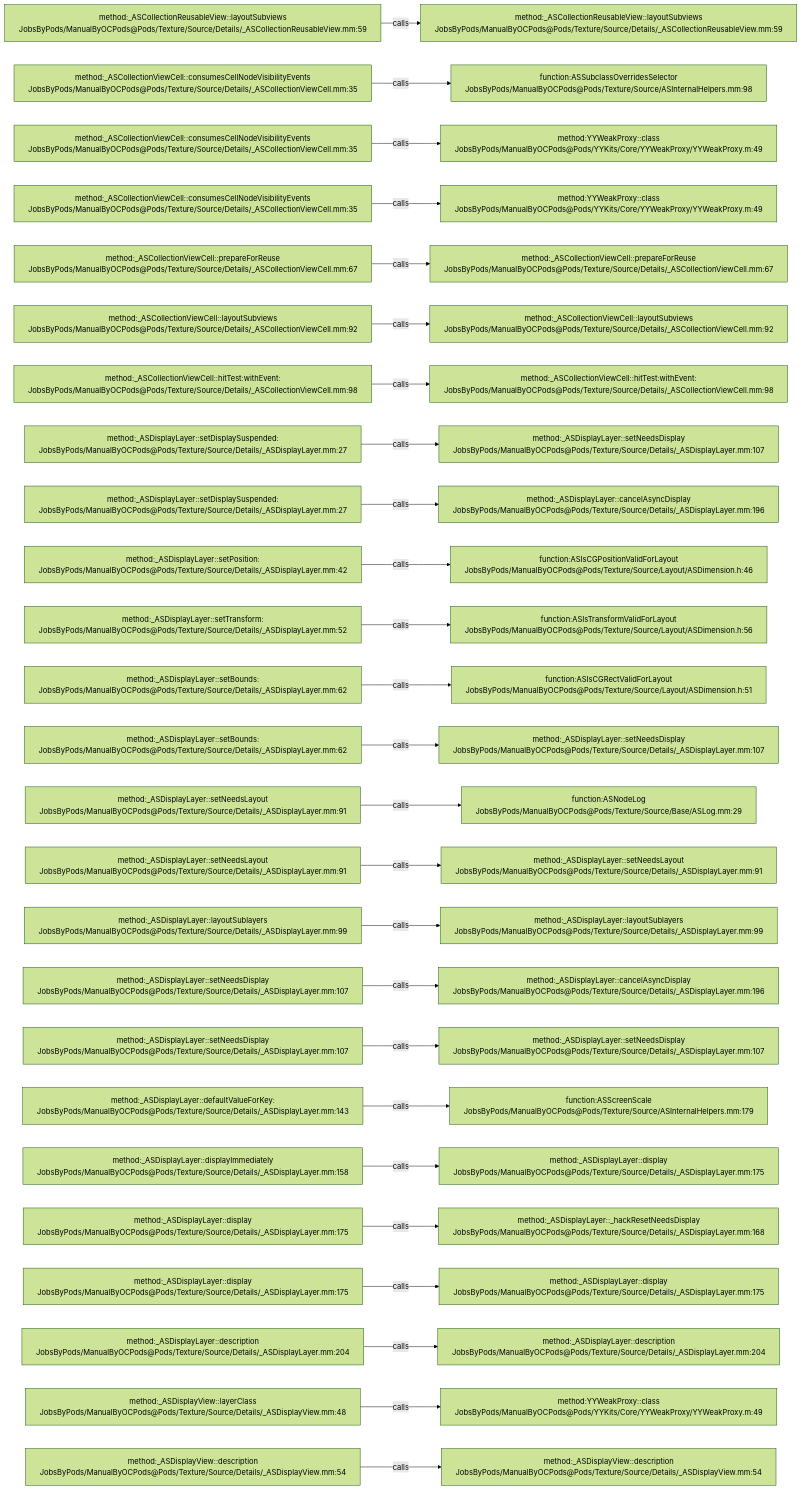
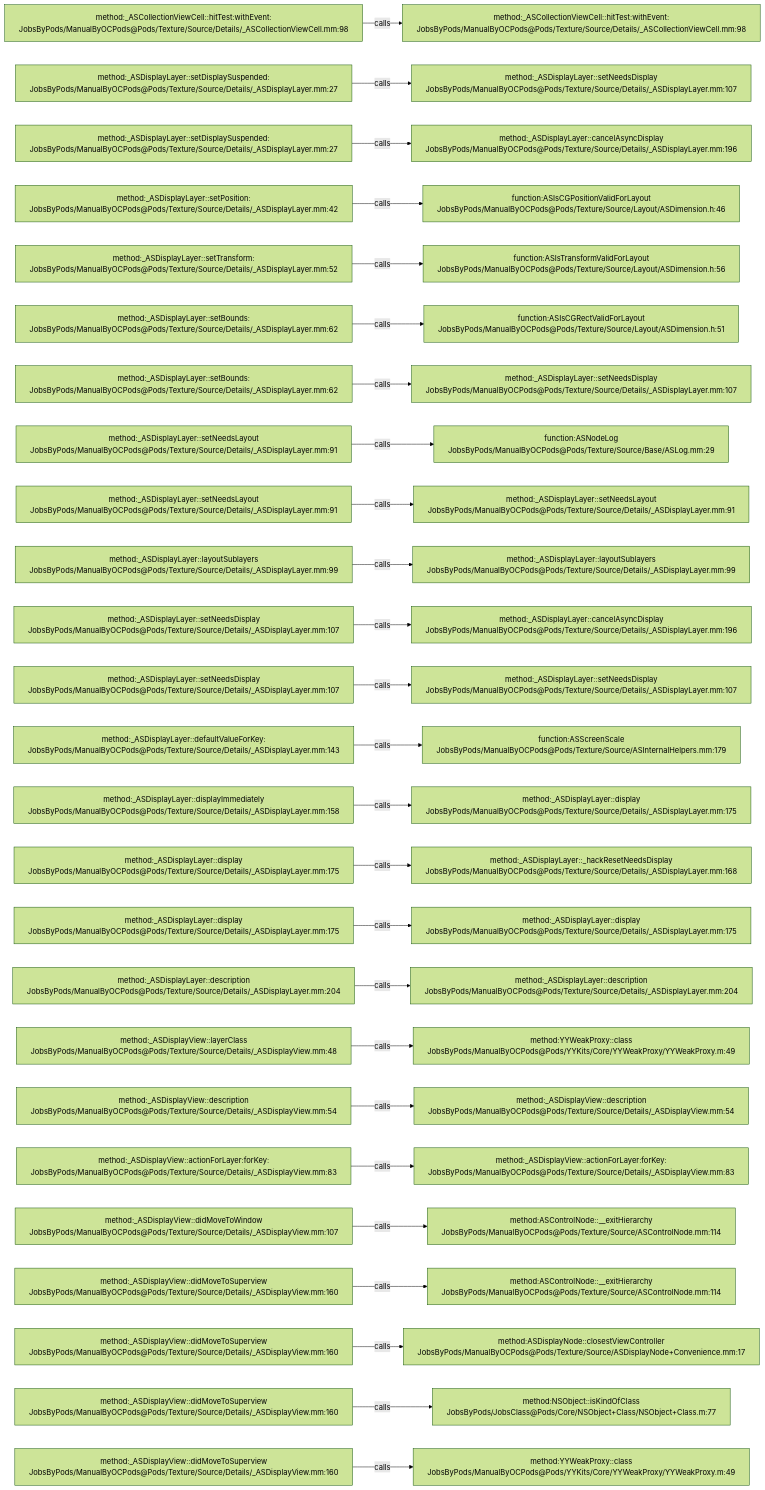
The diagram in .codegraph/codegraph.md/graphs/calls-163.md (JobsKits/JobsOCBaseConfigDemo), drawn with Mermaid (forest theme) before and after one commit. The commit also changed 666 other files, not shown here.

````diff
--- a/.codegraph/codegraph.md/graphs/calls-163.md
+++ b/.codegraph/codegraph.md/graphs/calls-163.md
@@ -13,78 +13,78 @@
 ```mermaid
 flowchart LR
-  S1["method:_ASCollectionReusableView::layoutSubviews<br/>JobsByPods/ManualByOCPods@Pods/Texture/Source/Details/_ASCollectionReusableView.mm:59"]
-  T1["method:_ASCollectionReusableView::layoutSubviews<br/>JobsByPods/ManualByOCPods@Pods/Texture/Source/Details/_ASCollectionReusableView.mm:59"]
+  S1["method:_ASCollectionViewCell::hitTest:withEvent:<br/>JobsByPods/ManualByOCPods@Pods/Texture/Source/Details/_ASCollectionViewCell.mm:98"]
+  T1["method:_ASCollectionViewCell::hitTest:withEvent:<br/>JobsByPods/ManualByOCPods@Pods/Texture/Source/Details/_ASCollectionViewCell.mm:98"]
   S1 -->|calls| T1
-  S2["method:_ASCollectionViewCell::consumesCellNodeVisibilityEvents<br/>JobsByPods/ManualByOCPods@Pods/Texture/Source/Details/_ASCollectionViewCell.mm:35"]
-  T2["function:ASSubclassOverridesSelector<br/>JobsByPods/ManualByOCPods@Pods/Texture/Source/ASInternalHelpers.mm:98"]
+  S2["method:_ASDisplayLayer::setDisplaySuspended:<br/>JobsByPods/ManualByOCPods@Pods/Texture/Source/Details/_ASDisplayLayer.mm:27"]
+  T2["method:_ASDisplayLayer::setNeedsDisplay<br/>JobsByPods/ManualByOCPods@Pods/Texture/Source/Details/_ASDisplayLayer.mm:107"]
   S2 -->|calls| T2
-  S3["method:_ASCollectionViewCell::consumesCellNodeVisibilityEvents<br/>JobsByPods/ManualByOCPods@Pods/Texture/Source/Details/_ASCollectionViewCell.mm:35"]
-  T3["method:YYWeakProxy::class<br/>JobsByPods/ManualByOCPods@Pods/YYKits/Core/YYWeakProxy/YYWeakProxy.m:49"]
+  S3["method:_ASDisplayLayer::setDisplaySuspended:<br/>JobsByPods/ManualByOCPods@Pods/Texture/Source/Details/_ASDisplayLayer.mm:27"]
+  T3["method:_ASDisplayLayer::cancelAsyncDisplay<br/>JobsByPods/ManualByOCPods@Pods/Texture/Source/Details/_ASDisplayLayer.mm:196"]
   S3 -->|calls| T3
-  S4["method:_ASCollectionViewCell::consumesCellNodeVisibilityEvents<br/>JobsByPods/ManualByOCPods@Pods/Texture/Source/Details/_ASCollectionViewCell.mm:35"]
-  T4["method:YYWeakProxy::class<br/>JobsByPods/ManualByOCPods@Pods/YYKits/Core/YYWeakProxy/YYWeakProxy.m:49"]
+  S4["method:_ASDisplayLayer::setPosition:<br/>JobsByPods/ManualByOCPods@Pods/Texture/Source/Details/_ASDisplayLayer.mm:42"]
+  T4["function:ASIsCGPositionValidForLayout<br/>JobsByPods/ManualByOCPods@Pods/Texture/Source/Layout/ASDimension.h:46"]
   S4 -->|calls| T4
-  S5["method:_ASCollectionViewCell::prepareForReuse<br/>JobsByPods/ManualByOCPods@Pods/Texture/Source/Details/_ASCollectionViewCell.mm:67"]
-  T5["method:_ASCollectionViewCell::prepareForReuse<br/>JobsByPods/ManualByOCPods@Pods/Texture/Source/Details/_ASCollectionViewCell.mm:67"]
+  S5["method:_ASDisplayLayer::setTransform:<br/>JobsByPods/ManualByOCPods@Pods/Texture/Source/Details/_ASDisplayLayer.mm:52"]
+  T5["function:ASIsTransformValidForLayout<br/>JobsByPods/ManualByOCPods@Pods/Texture/Source/Layout/ASDimension.h:56"]
   S5 -->|calls| T5
-  S6["method:_ASCollectionViewCell::layoutSubviews<br/>JobsByPods/ManualByOCPods@Pods/Texture/Source/Details/_ASCollectionViewCell.mm:92"]
-  T6["method:_ASCollectionViewCell::layoutSubviews<br/>JobsByPods/ManualByOCPods@Pods/Texture/Source/Details/_ASCollectionViewCell.mm:92"]
+  S6["method:_ASDisplayLayer::setBounds:<br/>JobsByPods/ManualByOCPods@Pods/Texture/Source/Details/_ASDisplayLayer.mm:62"]
+  T6["function:ASIsCGRectValidForLayout<br/>JobsByPods/ManualByOCPods@Pods/Texture/Source/Layout/ASDimension.h:51"]
   S6 -->|calls| T6
-  S7["method:_ASCollectionViewCell::hitTest:withEvent:<br/>JobsByPods/ManualByOCPods@Pods/Texture/Source/Details/_ASCollectionViewCell.mm:98"]
-  T7["method:_ASCollectionViewCell::hitTest:withEvent:<br/>JobsByPods/ManualByOCPods@Pods/Texture/Source/Details/_ASCollectionViewCell.mm:98"]
+  S7["method:_ASDisplayLayer::setBounds:<br/>JobsByPods/ManualByOCPods@Pods/Texture/Source/Details/_ASDisplayLayer.mm:62"]
+  T7["method:_ASDisplayLayer::setNeedsDisplay<br/>JobsByPods/ManualByOCPods@Pods/Texture/Source/Details/_ASDisplayLayer.mm:107"]
   S7 -->|calls| T7
-  S8["method:_ASDisplayLayer::setDisplaySuspended:<br/>JobsByPods/ManualByOCPods@Pods/Texture/Source/Details/_ASDisplayLayer.mm:27"]
-  T8["method:_ASDisplayLayer::setNeedsDisplay<br/>JobsByPods/ManualByOCPods@Pods/Texture/Source/Details/_ASDisplayLayer.mm:107"]
+  S8["method:_ASDisplayLayer::setNeedsLayout<br/>JobsByPods/ManualByOCPods@Pods/Texture/Source/Details/_ASDisplayLayer.mm:91"]
+  T8["function:ASNodeLog<br/>JobsByPods/ManualByOCPods@Pods/Texture/Source/Base/ASLog.mm:29"]
   S8 -->|calls| T8
-  S9["method:_ASDisplayLayer::setDisplaySuspended:<br/>JobsByPods/ManualByOCPods@Pods/Texture/Source/Details/_ASDisplayLayer.mm:27"]
-  T9["method:_ASDisplayLayer::cancelAsyncDisplay<br/>JobsByPods/ManualByOCPods@Pods/Texture/Source/Details/_ASDisplayLayer.mm:196"]
+  S9["method:_ASDisplayLayer::setNeedsLayout<br/>JobsByPods/ManualByOCPods@Pods/Texture/Source/Details/_ASDisplayLayer.mm:91"]
+  T9["method:_ASDisplayLayer::setNeedsLayout<br/>JobsByPods/ManualByOCPods@Pods/Texture/Source/Details/_ASDisplayLayer.mm:91"]
   S9 -->|calls| T9
-  S10["method:_ASDisplayLayer::setPosition:<br/>JobsByPods/ManualByOCPods@Pods/Texture/Source/Details/_ASDisplayLayer.mm:42"]
-  T10["function:ASIsCGPositionValidForLayout<br/>JobsByPods/ManualByOCPods@Pods/Texture/Source/Layout/ASDimension.h:46"]
+  S10["method:_ASDisplayLayer::layoutSublayers<br/>JobsByPods/ManualByOCPods@Pods/Texture/Source/Details/_ASDisplayLayer.mm:99"]
+  T10["method:_ASDisplayLayer::layoutSublayers<br/>JobsByPods/ManualByOCPods@Pods/Texture/Source/Details/_ASDisplayLayer.mm:99"]
   S10 -->|calls| T10
-  S11["method:_ASDisplayLayer::setTransform:<br/>JobsByPods/ManualByOCPods@Pods/Texture/Source/Details/_ASDisplayLayer.mm:52"]
-  T11["function:ASIsTransformValidForLayout<br/>JobsByPods/ManualByOCPods@Pods/Texture/Source/Layout/ASDimension.h:56"]
+  S11["method:_ASDisplayLayer::setNeedsDisplay<br/>JobsByPods/ManualByOCPods@Pods/Texture/Source/Details/_ASDisplayLayer.mm:107"]
+  T11["method:_ASDisplayLayer::cancelAsyncDisplay<br/>JobsByPods/ManualByOCPods@Pods/Texture/Source/Details/_ASDisplayLayer.mm:196"]
   S11 -->|calls| T11
-  S12["method:_ASDisplayLayer::setBounds:<br/>JobsByPods/ManualByOCPods@Pods/Texture/Source/Details/_ASDisplayLayer.mm:62"]
-  T12["function:ASIsCGRectValidForLayout<br/>JobsByPods/ManualByOCPods@Pods/Texture/Source/Layout/ASDimension.h:51"]
+  S12["method:_ASDisplayLayer::setNeedsDisplay<br/>JobsByPods/ManualByOCPods@Pods/Texture/Source/Details/_ASDisplayLayer.mm:107"]
+  T12["method:_ASDisplayLayer::setNeedsDisplay<br/>JobsByPods/ManualByOCPods@Pods/Texture/Source/Details/_ASDisplayLayer.mm:107"]
   S12 -->|calls| T12
-  S13["method:_ASDisplayLayer::setBounds:<br/>JobsByPods/ManualByOCPods@Pods/Texture/Source/Details/_ASDisplayLayer.mm:62"]
-  T13["method:_ASDisplayLayer::setNeedsDisplay<br/>JobsByPods/ManualByOCPods@Pods/Texture/Source/Details/_ASDisplayLayer.mm:107"]
+  S13["method:_ASDisplayLayer::defaultValueForKey:<br/>JobsByPods/ManualByOCPods@Pods/Texture/Source/Details/_ASDisplayLayer.mm:143"]
+  T13["function:ASScreenScale<br/>JobsByPods/ManualByOCPods@Pods/Texture/Source/ASInternalHelpers.mm:179"]
   S13 -->|calls| T13
-  S14["method:_ASDisplayLayer::setNeedsLayout<br/>JobsByPods/ManualByOCPods@Pods/Texture/Source/Details/_ASDisplayLayer.mm:91"]
-  T14["function:ASNodeLog<br/>JobsByPods/ManualByOCPods@Pods/Texture/Source/Base/ASLog.mm:29"]
+  S14["method:_ASDisplayLayer::displayImmediately<br/>JobsByPods/ManualByOCPods@Pods/Texture/Source/Details/_ASDisplayLayer.mm:158"]
+  T14["method:_ASDisplayLayer::display<br/>JobsByPods/ManualByOCPods@Pods/Texture/Source/Details/_ASDisplayLayer.mm:175"]
   S14 -->|calls| T14
-  S15["method:_ASDisplayLayer::setNeedsLayout<br/>JobsByPods/ManualByOCPods@Pods/Texture/Source/Details/_ASDisplayLayer.mm:91"]
-  T15["method:_ASDisplayLayer::setNeedsLayout<br/>JobsByPods/ManualByOCPods@Pods/Texture/Source/Details/_ASDisplayLayer.mm:91"]
+  S15["method:_ASDisplayLayer::display<br/>JobsByPods/ManualByOCPods@Pods/Texture/Source/Details/_ASDisplayLayer.mm:175"]
+  T15["method:_ASDisplayLayer::_hackResetNeedsDisplay<br/>JobsByPods/ManualByOCPods@Pods/Texture/Source/Details/_ASDisplayLayer.mm:168"]
   S15 -->|calls| T15
-  S16["method:_ASDisplayLayer::layoutSublayers<br/>JobsByPods/ManualByOCPods@Pods/Texture/Source/Details/_ASDisplayLayer.mm:99"]
-  T16["method:_ASDisplayLayer::layoutSublayers<br/>JobsByPods/ManualByOCPods@Pods/Texture/Source/Details/_ASDisplayLayer.mm:99"]
+  S16["method:_ASDisplayLayer::display<br/>JobsByPods/ManualByOCPods@Pods/Texture/Source/Details/_ASDisplayLayer.mm:175"]
+  T16["method:_ASDisplayLayer::display<br/>JobsByPods/ManualByOCPods@Pods/Texture/Source/Details/_ASDisplayLayer.mm:175"]
   S16 -->|calls| T16
-  S17["method:_ASDisplayLayer::setNeedsDisplay<br/>JobsByPods/ManualByOCPods@Pods/Texture/Source/Details/_ASDisplayLayer.mm:107"]
-  T17["method:_ASDisplayLayer::cancelAsyncDisplay<br/>JobsByPods/ManualByOCPods@Pods/Texture/Source/Details/_ASDisplayLayer.mm:196"]
+  S17["method:_ASDisplayLayer::description<br/>JobsByPods/ManualByOCPods@Pods/Texture/Source/Details/_ASDisplayLayer.mm:204"]
+  T17["method:_ASDisplayLayer::description<br/>JobsByPods/ManualByOCPods@Pods/Texture/Source/Details/_ASDisplayLayer.mm:204"]
   S17 -->|calls| T17
-  S18["method:_ASDisplayLayer::setNeedsDisplay<br/>JobsByPods/ManualByOCPods@Pods/Texture/Source/Details/_ASDisplayLayer.mm:107"]
-  T18["method:_ASDisplayLayer::setNeedsDisplay<br/>JobsByPods/ManualByOCPods@Pods/Texture/Source/Details/_ASDisplayLayer.mm:107"]
+  S18["method:_ASDisplayView::layerClass<br/>JobsByPods/ManualByOCPods@Pods/Texture/Source/Details/_ASDisplayView.mm:48"]
+  T18["method:YYWeakProxy::class<br/>JobsByPods/ManualByOCPods@Pods/YYKits/Core/YYWeakProxy/YYWeakProxy.m:49"]
   S18 -->|calls| T18
-  S19["method:_ASDisplayLayer::defaultValueForKey:<br/>JobsByPods/ManualByOCPods@Pods/Texture/Source/Details/_ASDisplayLayer.mm:143"]
-  T19["function:ASScreenScale<br/>JobsByPods/ManualByOCPods@Pods/Texture/Source/ASInternalHelpers.mm:179"]
+  S19["method:_ASDisplayView::description<br/>JobsByPods/ManualByOCPods@Pods/Texture/Source/Details/_ASDisplayView.mm:54"]
+  T19["method:_ASDisplayView::description<br/>JobsByPods/ManualByOCPods@Pods/Texture/Source/Details/_ASDisplayView.mm:54"]
   S19 -->|calls| T19
-  S20["method:_ASDisplayLayer::displayImmediately<br/>JobsByPods/ManualByOCPods@Pods/Texture/Source/Details/_ASDisplayLayer.mm:158"]
-  T20["method:_ASDisplayLayer::display<br/>JobsByPods/ManualByOCPods@Pods/Texture/Source/Details/_ASDisplayLayer.mm:175"]
+  S20["method:_ASDisplayView::actionForLayer:forKey:<br/>JobsByPods/ManualByOCPods@Pods/Texture/Source/Details/_ASDisplayView.mm:83"]
+  T20["method:_ASDisplayView::actionForLayer:forKey:<br/>JobsByPods/ManualByOCPods@Pods/Texture/Source/Details/_ASDisplayView.mm:83"]
   S20 -->|calls| T20
-  S21["method:_ASDisplayLayer::display<br/>JobsByPods/ManualByOCPods@Pods/Texture/Source/Details/_ASDisplayLayer.mm:175"]
-  T21["method:_ASDisplayLayer::_hackResetNeedsDisplay<br/>JobsByPods/ManualByOCPods@Pods/Texture/Source/Details/_ASDisplayLayer.mm:168"]
+  S21["method:_ASDisplayView::didMoveToWindow<br/>JobsByPods/ManualByOCPods@Pods/Texture/Source/Details/_ASDisplayView.mm:107"]
+  T21["method:ASControlNode::__exitHierarchy<br/>JobsByPods/ManualByOCPods@Pods/Texture/Source/ASControlNode.mm:114"]
   S21 -->|calls| T21
-  S22["method:_ASDisplayLayer::display<br/>JobsByPods/ManualByOCPods@Pods/Texture/Source/Details/_ASDisplayLayer.mm:175"]
-  T22["method:_ASDisplayLayer::display<br/>JobsByPods/ManualByOCPods@Pods/Texture/Source/Details/_ASDisplayLayer.mm:175"]
+  S22["method:_ASDisplayView::didMoveToSuperview<br/>JobsByPods/ManualByOCPods@Pods/Texture/Source/Details/_ASDisplayView.mm:160"]
+  T22["method:ASControlNode::__exitHierarchy<br/>JobsByPods/ManualByOCPods@Pods/Texture/Source/ASControlNode.mm:114"]
   S22 -->|calls| T22
-  S23["method:_ASDisplayLayer::description<br/>JobsByPods/ManualByOCPods@Pods/Texture/Source/Details/_ASDisplayLayer.mm:204"]
-  T23["method:_ASDisplayLayer::description<br/>JobsByPods/ManualByOCPods@Pods/Texture/Source/Details/_ASDisplayLayer.mm:204"]
+  S23["method:_ASDisplayView::didMoveToSuperview<br/>JobsByPods/ManualByOCPods@Pods/Texture/Source/Details/_ASDisplayView.mm:160"]
+  T23["method:ASDisplayNode::closestViewController<br/>JobsByPods/ManualByOCPods@Pods/Texture/Source/ASDisplayNode+Convenience.mm:17"]
   S23 -->|calls| T23
-  S24["method:_ASDisplayView::layerClass<br/>JobsByPods/ManualByOCPods@Pods/Texture/Source/Details/_ASDisplayView.mm:48"]
-  T24["method:YYWeakProxy::class<br/>JobsByPods/ManualByOCPods@Pods/YYKits/Core/YYWeakProxy/YYWeakProxy.m:49"]
+  S24["method:_ASDisplayView::didMoveToSuperview<br/>JobsByPods/ManualByOCPods@Pods/Texture/Source/Details/_ASDisplayView.mm:160"]
+  T24["method:NSObject::isKindOfClass<br/>JobsByPods/JobsClass@Pods/Core/NSObject+Class/NSObject+Class.m:77"]
   S24 -->|calls| T24
-  S25["method:_ASDisplayView::description<br/>JobsByPods/ManualByOCPods@Pods/Texture/Source/Details/_ASDisplayView.mm:54"]
-  T25["method:_ASDisplayView::description<br/>JobsByPods/ManualByOCPods@Pods/Texture/Source/Details/_ASDisplayView.mm:54"]
+  S25["method:_ASDisplayView::didMoveToSuperview<br/>JobsByPods/ManualByOCPods@Pods/Texture/Source/Details/_ASDisplayView.mm:160"]
+  T25["method:YYWeakProxy::class<br/>JobsByPods/ManualByOCPods@Pods/YYKits/Core/YYWeakProxy/YYWeakProxy.m:49"]
   S25 -->|calls| T25
 ```
````
